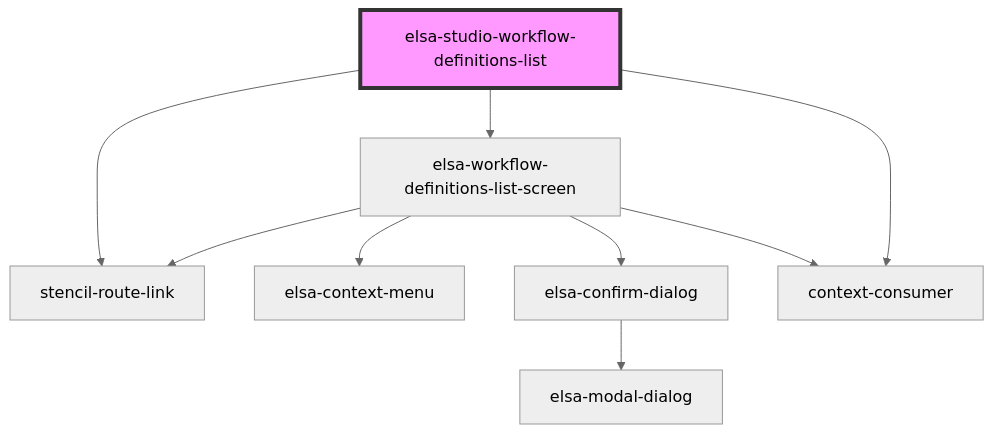
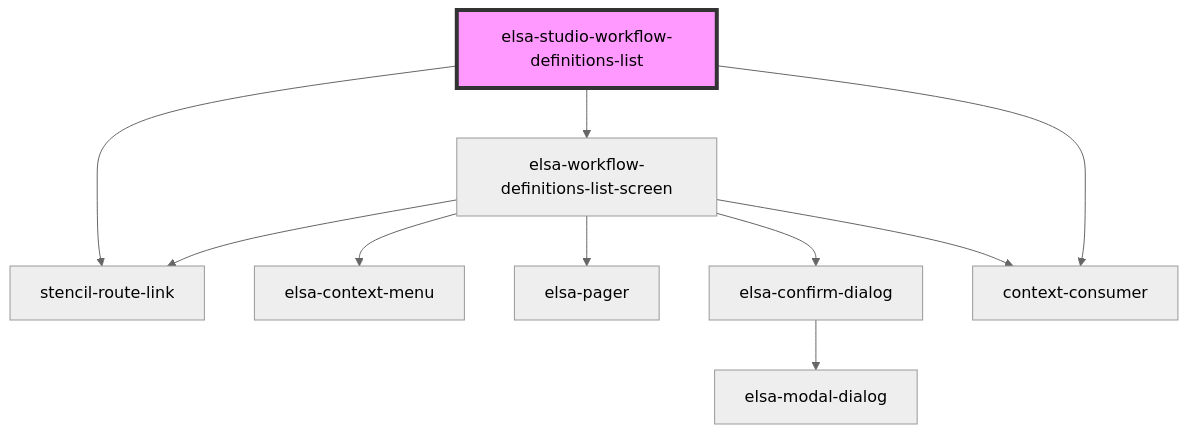
Before and after one commit to elsa-workflows/elsa-core: the diagram in src/designer/elsa-workflows-studio/src/components/dashboard/pages/elsa-studio-workflow-definitions-list/readme.md, drawn with Mermaid (neutral theme). The commit also changed 9 other files, not shown here.

````diff
--- a/src/designer/elsa-workflows-studio/src/components/dashboard/pages/elsa-studio-workflow-definitions-list/readme.md
+++ b/src/designer/elsa-workflows-studio/src/components/dashboard/pages/elsa-studio-workflow-definitions-list/readme.md
@@ -26,12 +26,13 @@
 ```mermaid
 graph TD;
   elsa-studio-workflow-definitions-list --> stencil-route-link
   elsa-studio-workflow-definitions-list --> elsa-workflow-definitions-list-screen
   elsa-studio-workflow-definitions-list --> context-consumer
   elsa-workflow-definitions-list-screen --> stencil-route-link
   elsa-workflow-definitions-list-screen --> elsa-context-menu
+  elsa-workflow-definitions-list-screen --> elsa-pager
   elsa-workflow-definitions-list-screen --> elsa-confirm-dialog
   elsa-workflow-definitions-list-screen --> context-consumer
   elsa-confirm-dialog --> elsa-modal-dialog
   style elsa-studio-workflow-definitions-list fill:#f9f,stroke:#333,stroke-width:4px
 ```
````
